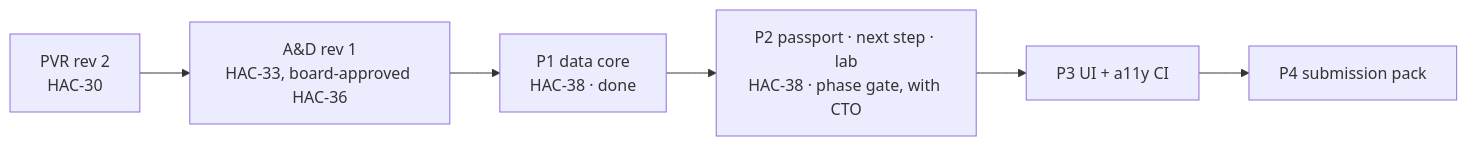
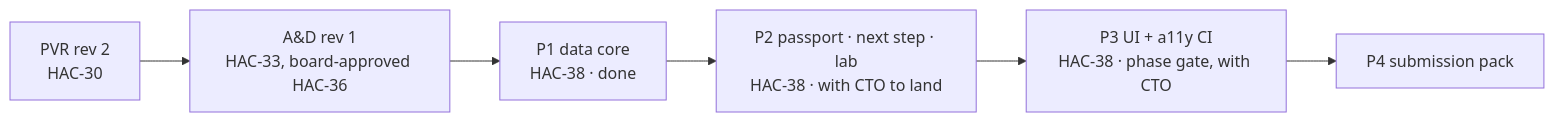
One commit to Syntropy-Health/longevity-memory-sdk changed the diagram in docs/hacp/index.md. Above: the diagram before and after it, drawn with Mermaid. The commit also changed other lines of this file and 3 other files, not shown here.

````diff
--- a/docs/hacp/index.md
+++ b/docs/hacp/index.md
@@ -3,4 +3,4 @@
 ```mermaid
 flowchart LR
-  PVR[PVR rev 2<br/>HAC-30] --> AD[A&D rev 1<br/>HAC-33, board-approved HAC-36] --> P1[P1 data core<br/>HAC-38 · done] --> P2[P2 passport · next step · lab<br/>HAC-38 · phase gate, with CTO] --> P3[P3 UI + a11y CI] --> P4[P4 submission pack]
+  PVR[PVR rev 2<br/>HAC-30] --> AD[A&D rev 1<br/>HAC-33, board-approved HAC-36] --> P1[P1 data core<br/>HAC-38 · done] --> P2[P2 passport · next step · lab<br/>HAC-38 · with CTO to land] --> P3[P3 UI + a11y CI<br/>HAC-38 · phase gate, with CTO] --> P4[P4 submission pack]
 ```
````
